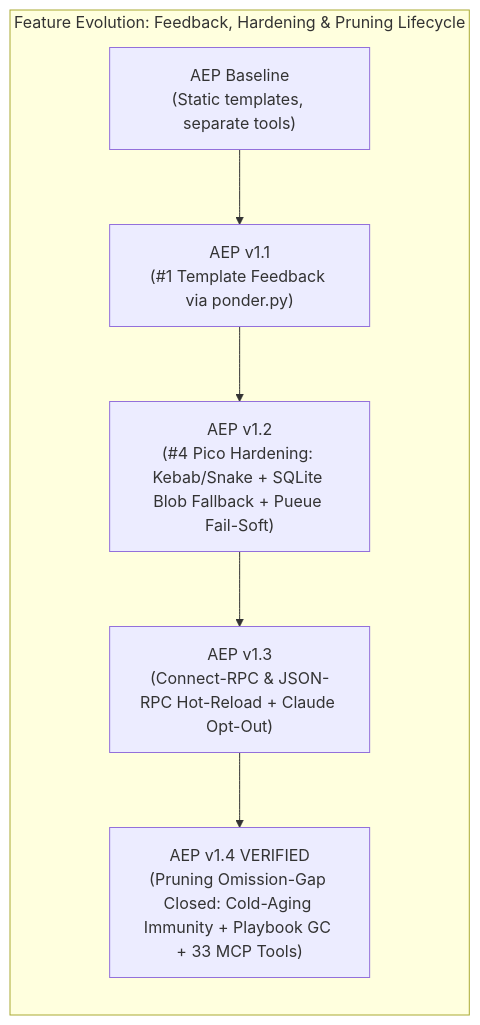
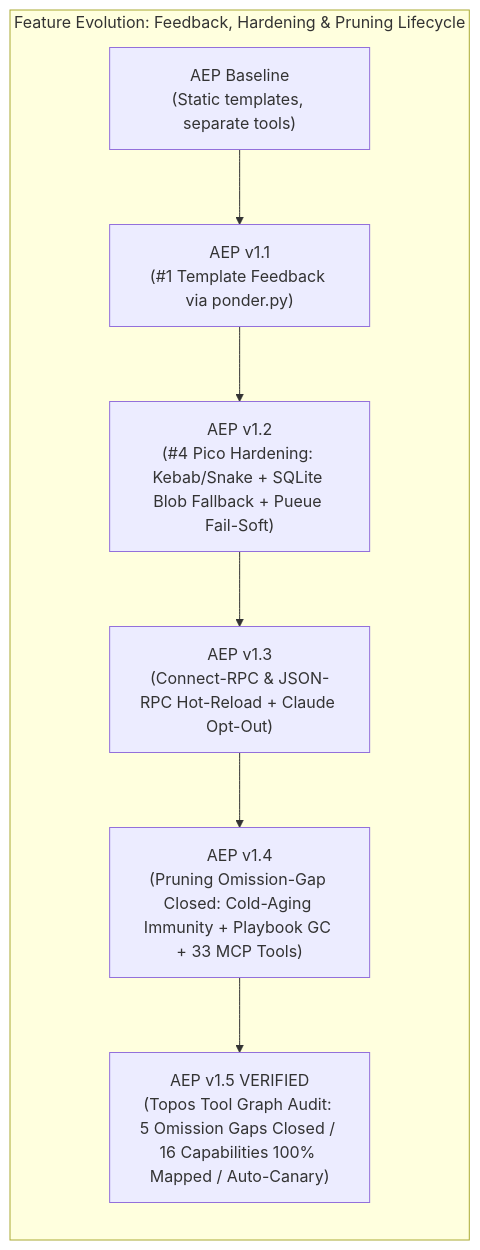
Before and after one commit to ancrz/agent-execution-plane: the second of 2 diagrams in docs/pipeline/feature_20261023_120700_template_feedback_and_pico_hardening.md, drawn with Mermaid. The commit also changed other lines of this file and 2 other files, not shown here.

First line of the commit message:
docs(state): record verified closure of 5 tool-graph omission gaps

````diff
--- a/docs/pipeline/feature_20261023_120700_template_feedback_and_pico_hardening.md
+++ b/docs/pipeline/feature_20261023_120700_template_feedback_and_pico_hardening.md
@@ -49,9 +54,10 @@
 ```mermaid
 flowchart LR
     subgraph Evolution["Feature Evolution: Feedback, Hardening & Pruning Lifecycle"]
         E0["AEP Baseline<br/>(Static templates, separate tools)"] --> E1["AEP v1.1<br/>(#1 Template Feedback via ponder.py)"]
         E1 --> E2["AEP v1.2<br/>(#4 Pico Hardening: Kebab/Snake + SQLite Blob Fallback + Pueue Fail-Soft)"]
         E2 --> E3["AEP v1.3<br/>(Connect-RPC & JSON-RPC Hot-Reload + Claude Opt-Out)"]
-        E3 --> E4["AEP v1.4 VERIFIED<br/>(Pruning Omission-Gap Closed: Cold-Aging Immunity + Playbook GC + 33 MCP Tools)"]
+        E3 --> E4["AEP v1.4<br/>(Pruning Omission-Gap Closed: Cold-Aging Immunity + Playbook GC + 33 MCP Tools)"]
+        E4 --> E5["AEP v1.5 VERIFIED<br/>(Topos Tool Graph Audit: 5 Omission Gaps Closed / 16 Capabilities 100% Mapped / Auto-Canary)"]
     end
 ```
````
